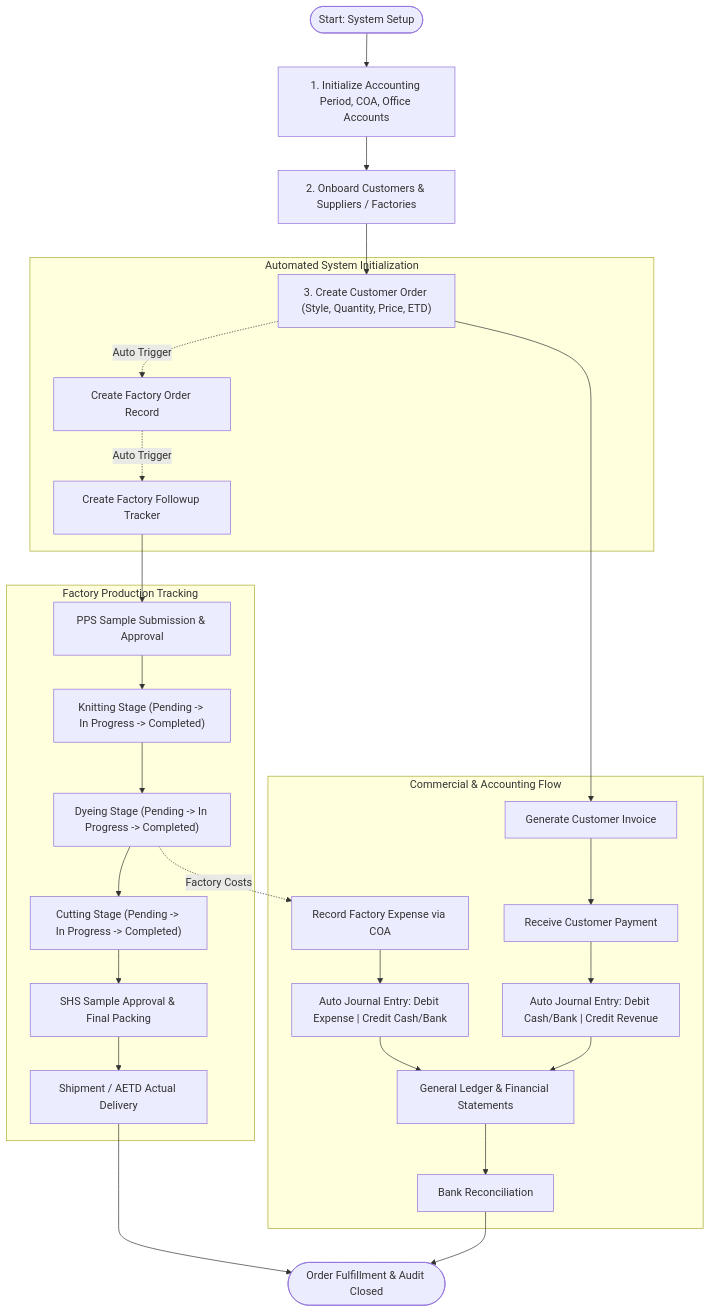
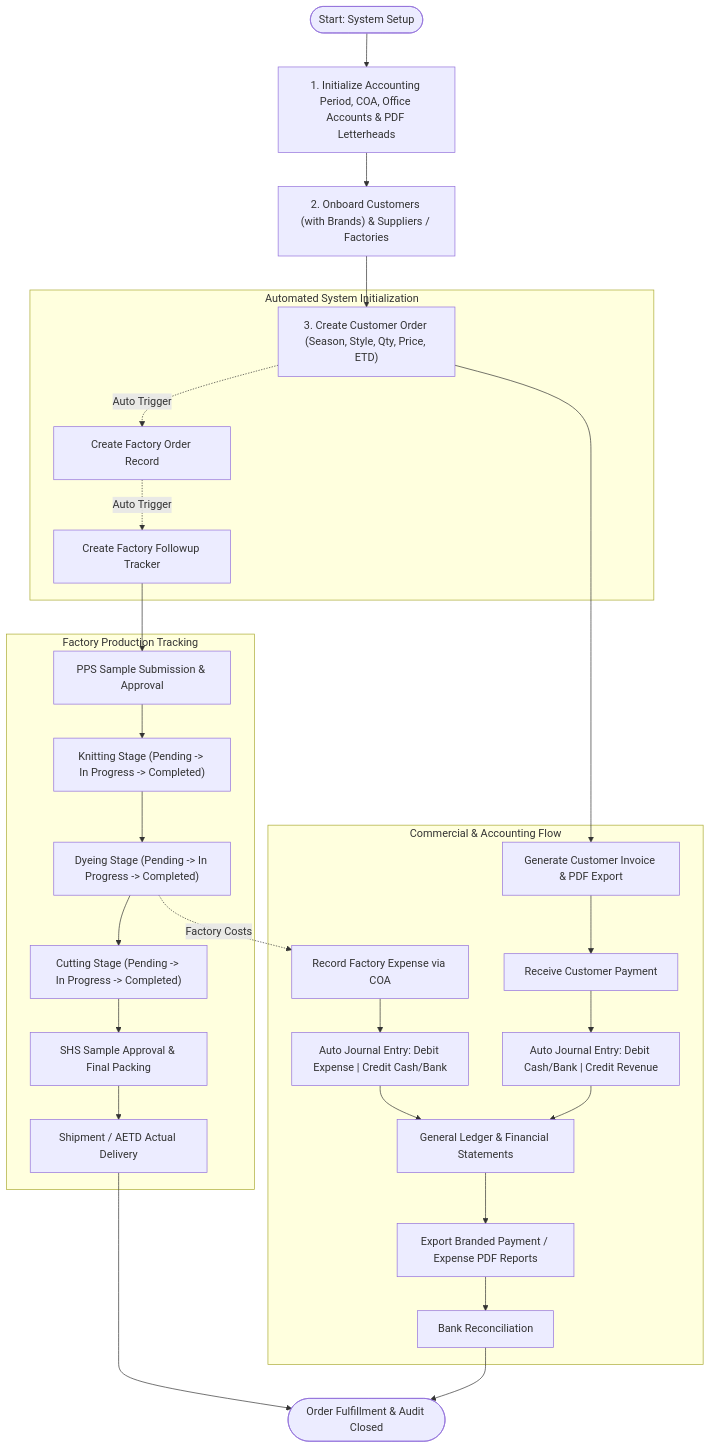
Before and after one commit to Inoodex/factory_order_management: the diagram in WORKFLOW.md, drawn with Mermaid. The commit also changed other lines of this file and 46 other files, not shown here.

Commit message:
feat: add admin controllers, models, and views for order management, accounting, expenses, and factory followups

````diff
--- a/WORKFLOW.md
+++ b/WORKFLOW.md
@@ -144,36 +155,37 @@
 ```mermaid
 flowchart TD
-    Start(["Start: System Setup"]) --> S1["1. Initialize Accounting Period, COA, Office Accounts"]
-    S1 --> S2["2. Onboard Customers & Suppliers / Factories"]
-    S2 --> S3["3. Create Customer Order (Style, Quantity, Price, ETD)"]
+    Start(["Start: System Setup"]) --> S1["1. Initialize Accounting Period, COA, Office Accounts & PDF Letterheads"]
+    S1 --> S2["2. Onboard Customers (with Brands) & Suppliers / Factories"]
+    S2 --> S3["3. Create Customer Order (Season, Style, Qty, Price, ETD)"]
 
     subgraph Auto_Event ["Automated System Initialization"]
         S3 -.->|"Auto Trigger"| S4["Create Factory Order Record"]
         S4 -.->|"Auto Trigger"| S5["Create Factory Followup Tracker"]
     end
 
     subgraph Production_Phase ["Factory Production Tracking"]
         S5 --> P1["PPS Sample Submission & Approval"]
         P1 --> P2["Knitting Stage (Pending -> In Progress -> Completed)"]
         P2 --> P3["Dyeing Stage (Pending -> In Progress -> Completed)"]
         P3 --> P4["Cutting Stage (Pending -> In Progress -> Completed)"]
         P4 --> P5["SHS Sample Approval & Final Packing"]
         P5 --> P6["Shipment / AETD Actual Delivery"]
     end
 
     subgraph Finance_Phase ["Commercial & Accounting Flow"]
-        S3 --> F1["Generate Customer Invoice"]
+        S3 --> F1["Generate Customer Invoice & PDF Export"]
         F1 --> F2["Receive Customer Payment"]
         F2 --> F3["Auto Journal Entry: Debit Cash/Bank | Credit Revenue"]
 
         P3 -.->|"Factory Costs"| E1["Record Factory Expense via COA"]
         E1 --> E2["Auto Journal Entry: Debit Expense | Credit Cash/Bank"]
 
         F3 --> GL["General Ledger & Financial Statements"]
         E2 --> GL
-        GL --> REC["Bank Reconciliation"]
+        GL --> REP["Export Branded Payment / Expense PDF Reports"]
+        REP --> REC["Bank Reconciliation"]
     end
 
     P6 --> Completed(["Order Fulfillment & Audit Closed"])
     REC --> Completed
 ```
````
